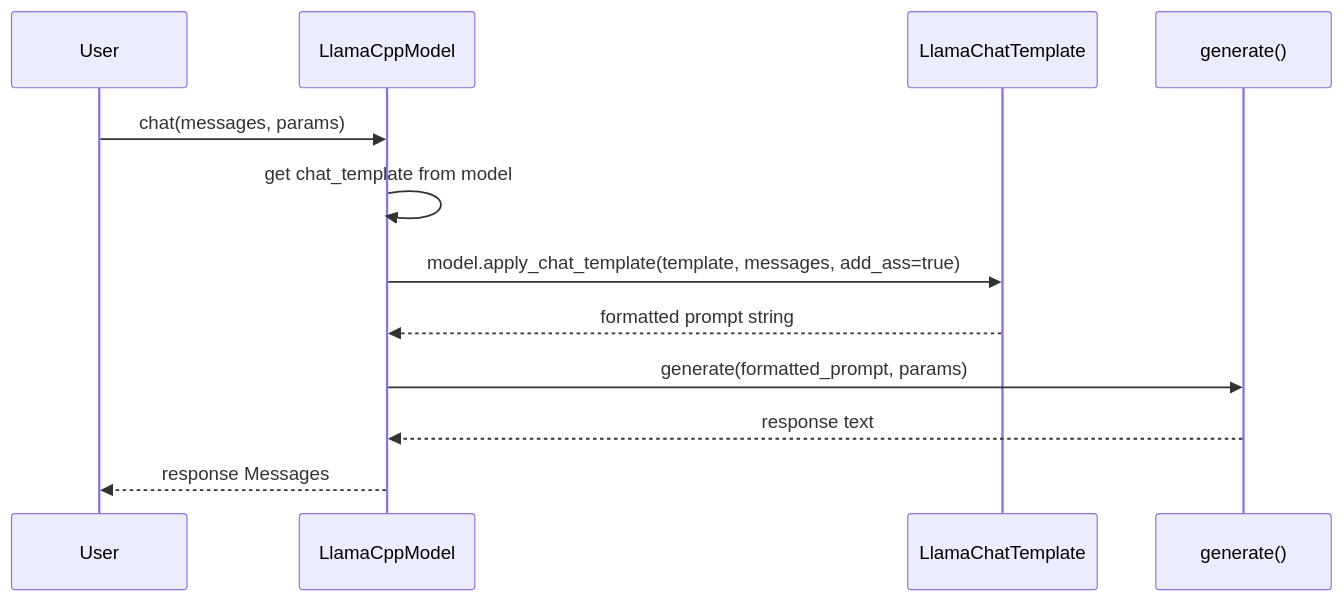
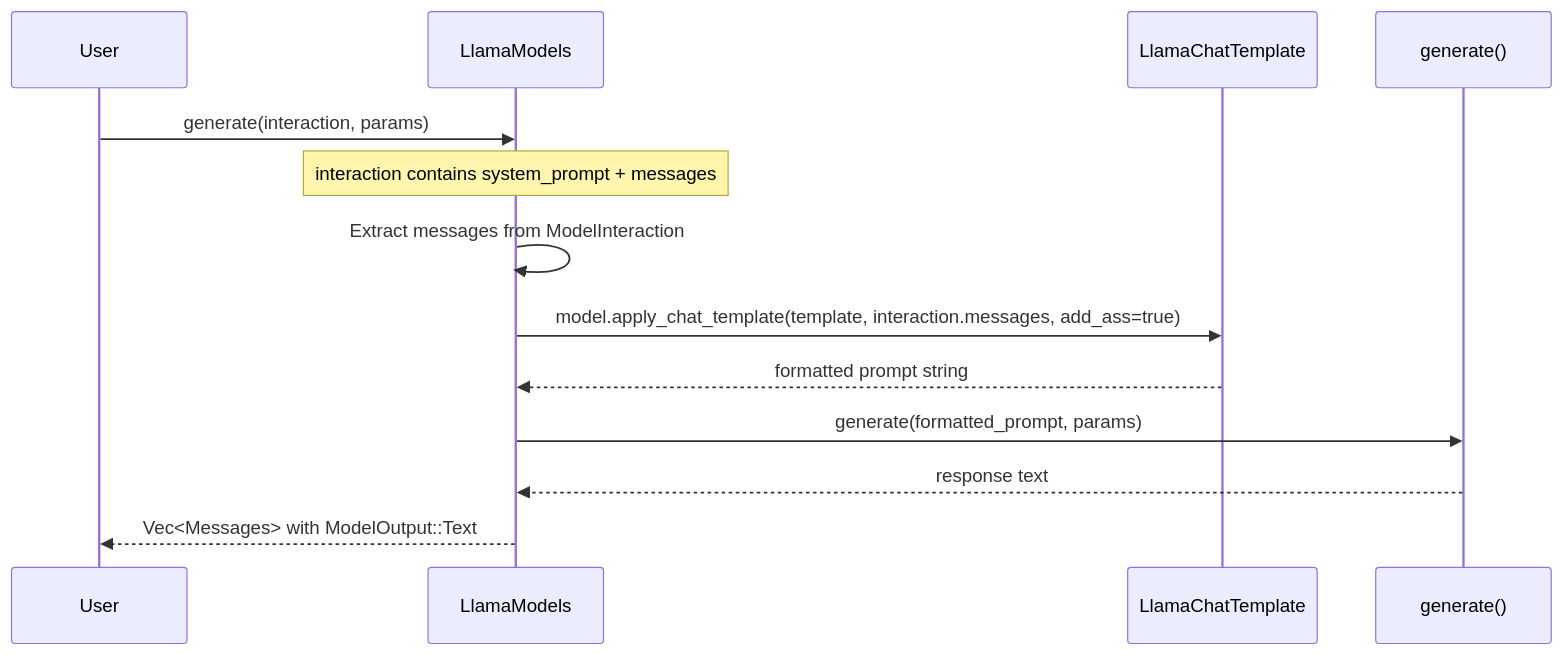
The third of 4 diagrams in specifications/07-foundation-ai/features/01-llamacpp-integration/feature.md (ewe-studios/ewe_platform), drawn with Mermaid before and after one commit. The commit also changed other lines of this file and 2 other files, not shown here.

````diff
--- a/specifications/07-foundation-ai/features/01-llamacpp-integration/feature.md
+++ b/specifications/07-foundation-ai/features/01-llamacpp-integration/feature.md
@@ -192,15 +213,16 @@
 ```mermaid
 sequenceDiagram
     participant User
-    participant FM as LlamaCppModel
+    participant LM as LlamaModels
     participant CT as LlamaChatTemplate
     participant GEN as generate()
 
-    User->>FM: chat(messages, params)
-    FM->>FM: get chat_template from model
-    FM->>CT: model.apply_chat_template(template, messages, add_ass=true)
-    CT-->>FM: formatted prompt string
-    FM->>GEN: generate(formatted_prompt, params)
-    GEN-->>FM: response text
-    FM-->>User: response Messages
+    User->>LM: generate(interaction, params)
+    Note over LM: interaction contains system_prompt + messages
+    LM->>LM: Extract messages from ModelInteraction
+    LM->>CT: model.apply_chat_template(template, interaction.messages, add_ass=true)
+    CT-->>LM: formatted prompt string
+    LM->>GEN: generate(formatted_prompt, params)
+    GEN-->>LM: response text
+    LM-->>User: Vec<Messages> with ModelOutput::Text
 ```
````
